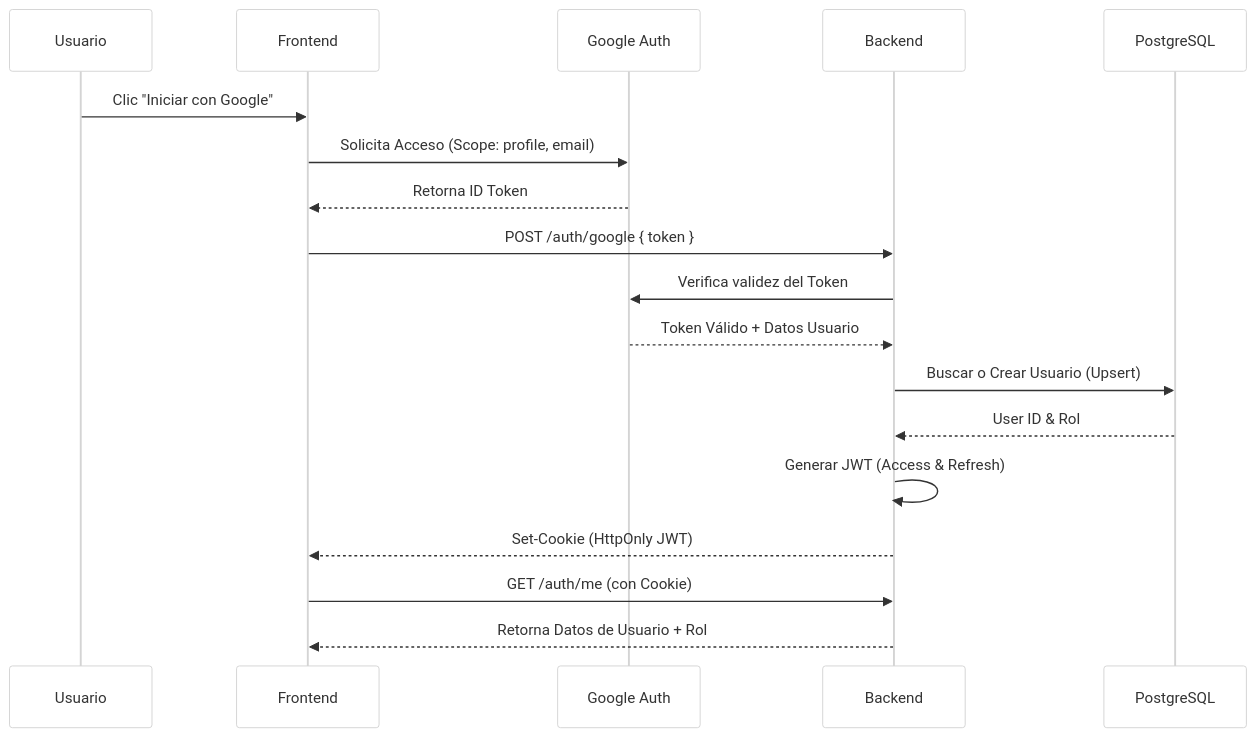
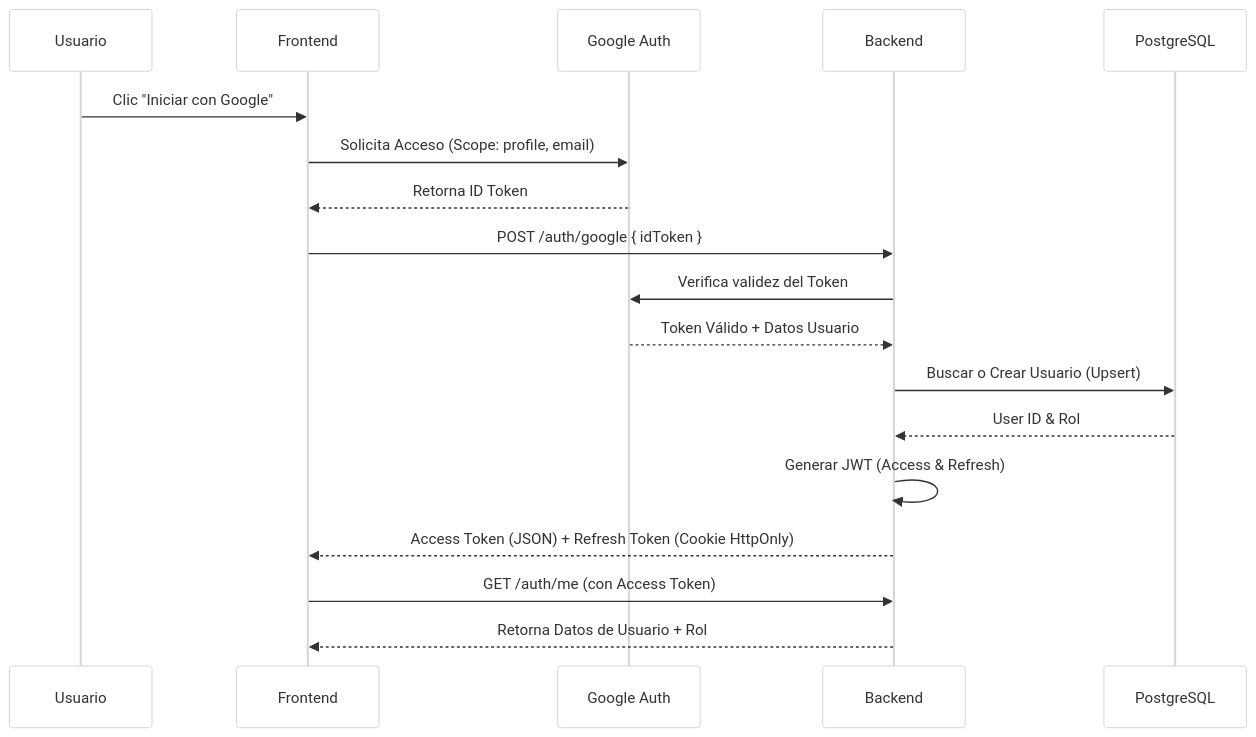
The third of 4 diagrams in README.md (BryanS1996/Sistema_Laboratorios_Arqui), drawn with Mermaid before and after one commit. The commit also changed other lines of this file and 69 other files, not shown here.

````diff
--- a/README.md
+++ b/README.md
@@ -184,26 +184,26 @@
 ```mermaid
 %%{init: {'theme': 'neutral', 'themeVariables': { 'background': '#FFFFFF', 'mainBkg': '#FFFFFF'}}}%%
 sequenceDiagram
     participant U as Usuario
     participant F as Frontend
     participant G as Google Auth
     participant B as Backend
     participant D as PostgreSQL
 
     U->>F: Clic "Iniciar con Google"
     F->>G: Solicita Acceso (Scope: profile, email)
     G-->>F: Retorna ID Token
     
-    F->>B: POST /auth/google { token }
+    F->>B: POST /auth/google { idToken }
     B->>G: Verifica validez del Token
     G-->>B: Token Válido + Datos Usuario
     
     B->>D: Buscar o Crear Usuario (Upsert)
     D-->>B: User ID & Rol
     
     B->>B: Generar JWT (Access & Refresh)
-    B-->>F: Set-Cookie (HttpOnly JWT)
+    B-->>F: Access Token (JSON) + Refresh Token (Cookie HttpOnly)
     
-    F->>B: GET /auth/me (con Cookie)
+    F->>B: GET /auth/me (con Access Token)
     B-->>F: Retorna Datos de Usuario + Rol
 ```
````
